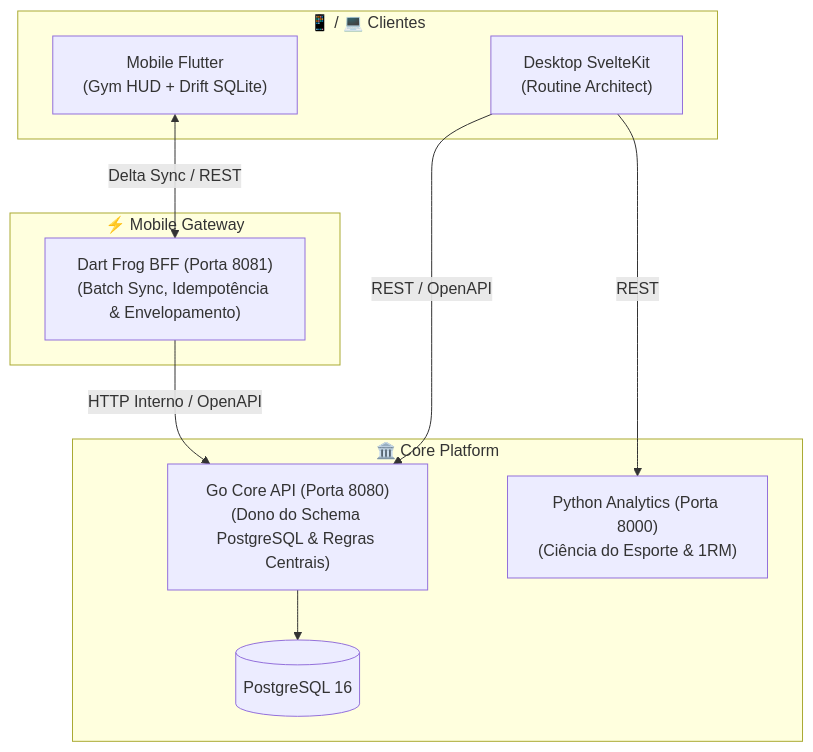
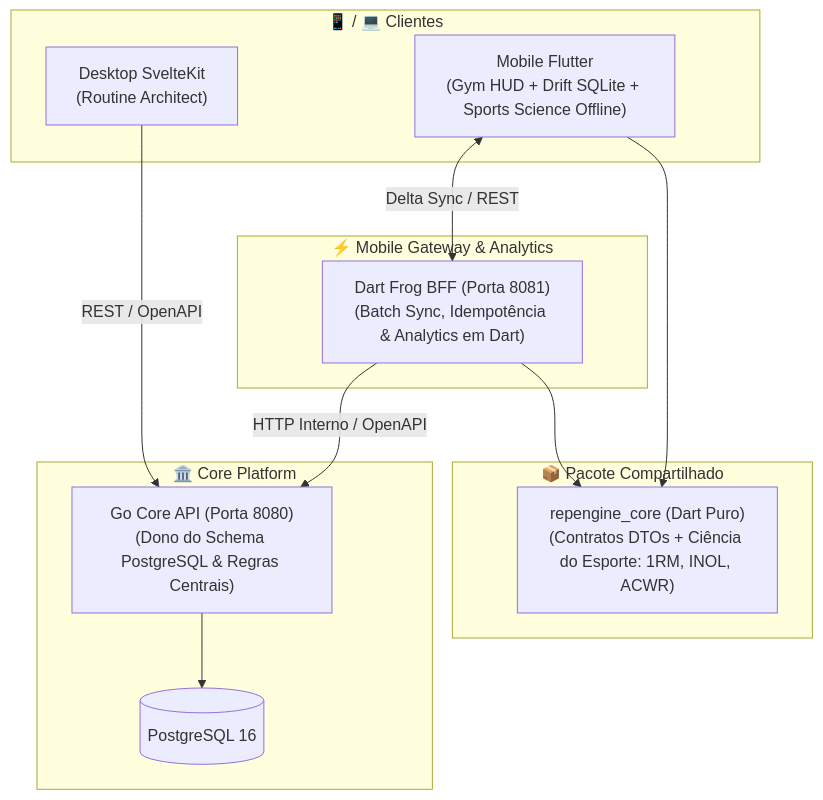
One commit to momarinho/repengine changed the diagram in docs/flutter-mobile-roadmap.md. Above: the diagram before and after it, drawn with Mermaid. The commit also changed other lines of this file, not shown here.

Commit message:
docs: add sprint 3.5 for sports science migration to pure dart and python decommission

````diff
--- a/docs/flutter-mobile-roadmap.md
+++ b/docs/flutter-mobile-roadmap.md
@@ -13,23 +13,27 @@
 ```mermaid
 flowchart TD
     subgraph Clients["📱 / 💻 Clientes"]
         Desktop["Desktop SvelteKit<br>(Routine Architect)"]
-        Flutter["Mobile Flutter<br>(Gym HUD + Drift SQLite)"]
+        Flutter["Mobile Flutter<br>(Gym HUD + Drift SQLite + Sports Science Offline)"]
     end
 
-    subgraph BFF["⚡ Mobile Gateway"]
-        DartFrog["Dart Frog BFF (Porta 8081)<br>(Batch Sync, Idempotência & Envelopamento)"]
+    subgraph CoreContracts["📦 Pacote Compartilhado"]
+        RepengineCore["repengine_core (Dart Puro)<br>(Contratos DTOs + Ciência do Esporte: 1RM, INOL, ACWR)"]
+    end
+
+    subgraph BFF["⚡ Mobile Gateway & Analytics"]
+        DartFrog["Dart Frog BFF (Porta 8081)<br>(Batch Sync, Idempotência & Analytics em Dart)"]
     end
 
     subgraph Core["🏛️ Core Platform"]
         GoAPI["Go Core API (Porta 8080)<br>(Dono do Schema PostgreSQL & Regras Centrais)"]
-        PyAnalytics["Python Analytics (Porta 8000)<br>(Ciência do Esporte & 1RM)"]
         Postgres[(PostgreSQL 16)]
     end
 
+    Flutter --> RepengineCore
+    DartFrog --> RepengineCore
     Desktop -->|REST / OpenAPI| GoAPI
-    Desktop -->|REST| PyAnalytics
     Flutter <-->|Delta Sync / REST| DartFrog
     DartFrog -->|HTTP Interno / OpenAPI| GoAPI
     GoAPI --> Postgres
 ```
````
